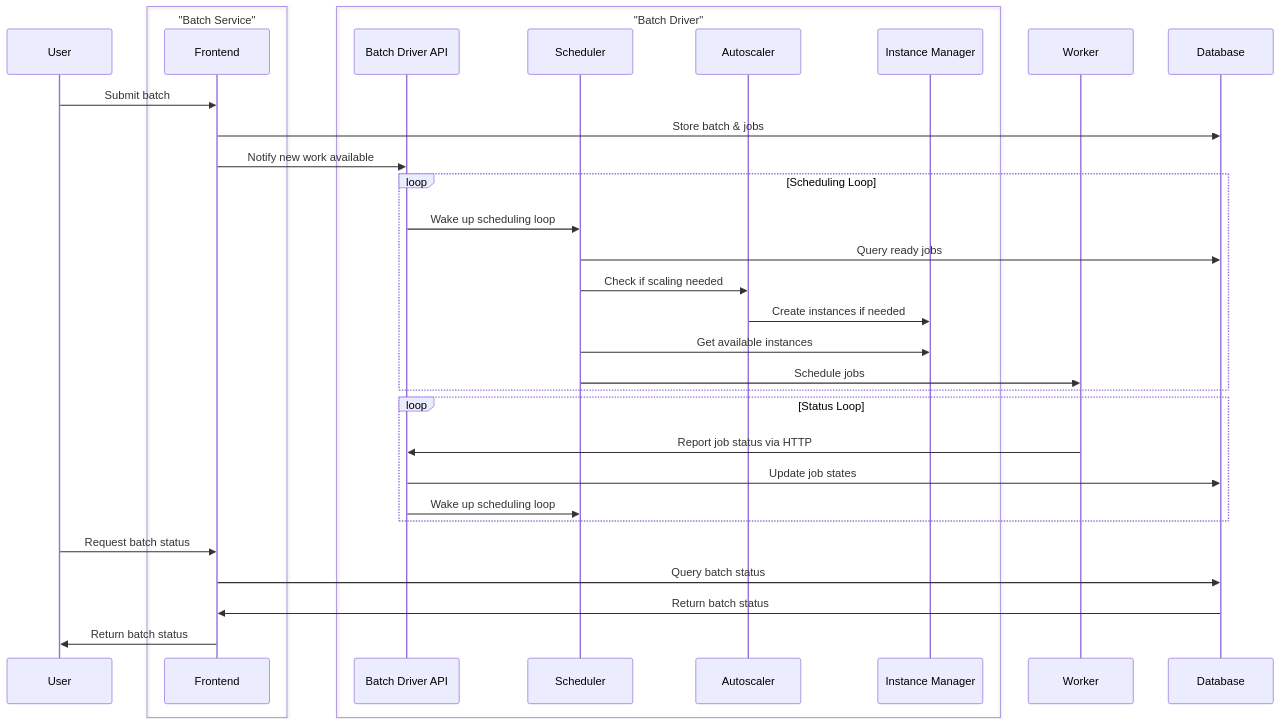
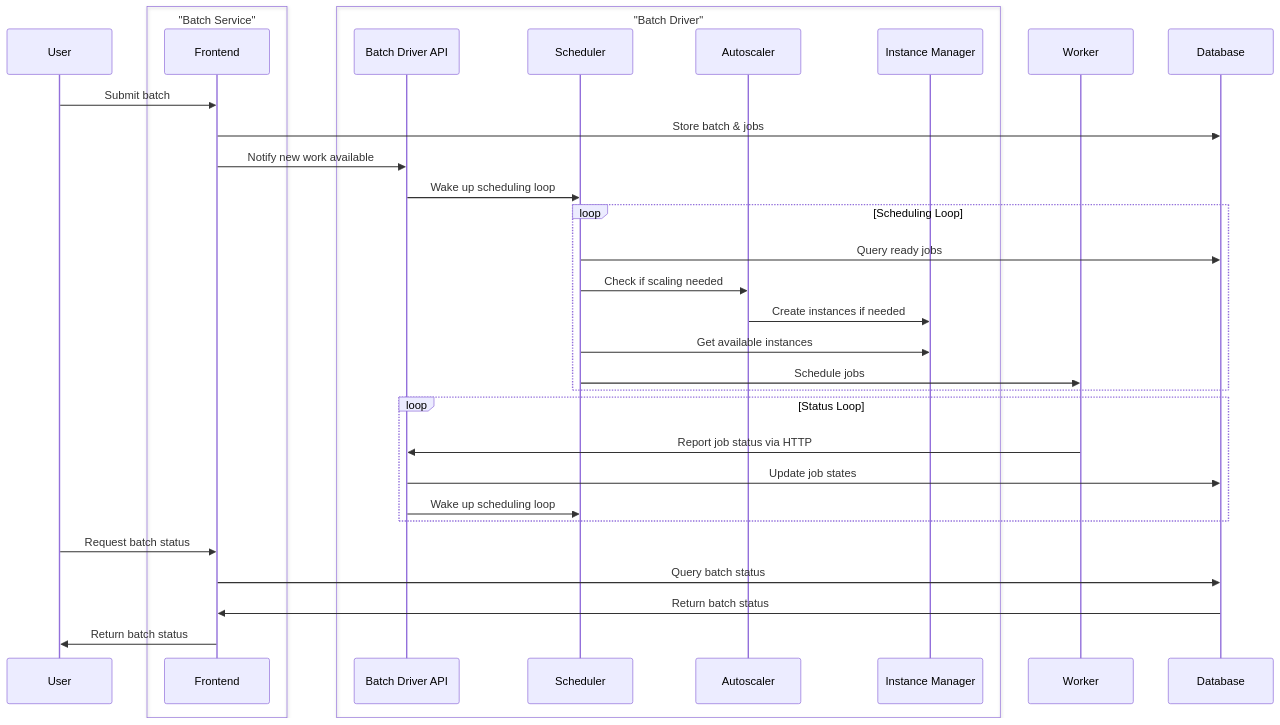
The ninth of 9 diagrams in dev-docs/services/batch/code-structure.md (cjllanwarne/hail), drawn with Mermaid before and after one commit.

````diff
--- a/dev-docs/services/batch/code-structure.md
+++ b/dev-docs/services/batch/code-structure.md
@@ -388,42 +388,42 @@
 ```mermaid
 sequenceDiagram
     participant U as User
 
     box "Batch Service"
         participant FE as Frontend
     end
 
     box "Batch Driver"
         participant BDAPI as Batch Driver API
         participant SC as Scheduler
         participant AS as Autoscaler
         participant ICM as Instance Manager    
     end
 
     participant W as Worker
     participant DB as Database
 
     U->>FE: Submit batch
     FE->>DB: Store batch & jobs
     FE->>BDAPI: Notify new work available
-    
-    loop Scheduling Loop
-        BDAPI->>SC: Wake up scheduling loop
+    BDAPI->>SC: Wake up scheduling loop
+
+    loop Scheduling Loop    
         SC->>DB: Query ready jobs
         SC->>AS: Check if scaling needed
         AS->>ICM: Create instances if needed
         SC->>ICM: Get available instances
         SC->>W: Schedule jobs
     end
 
     loop Status Loop
         W->>BDAPI: Report job status via HTTP
         BDAPI->>DB: Update job states
         BDAPI->>SC: Wake up scheduling loop
     end
     
     U->>FE: Request batch status
     FE->>DB: Query batch status
     DB->>FE: Return batch status
     FE->>U: Return batch status
 ```
````
